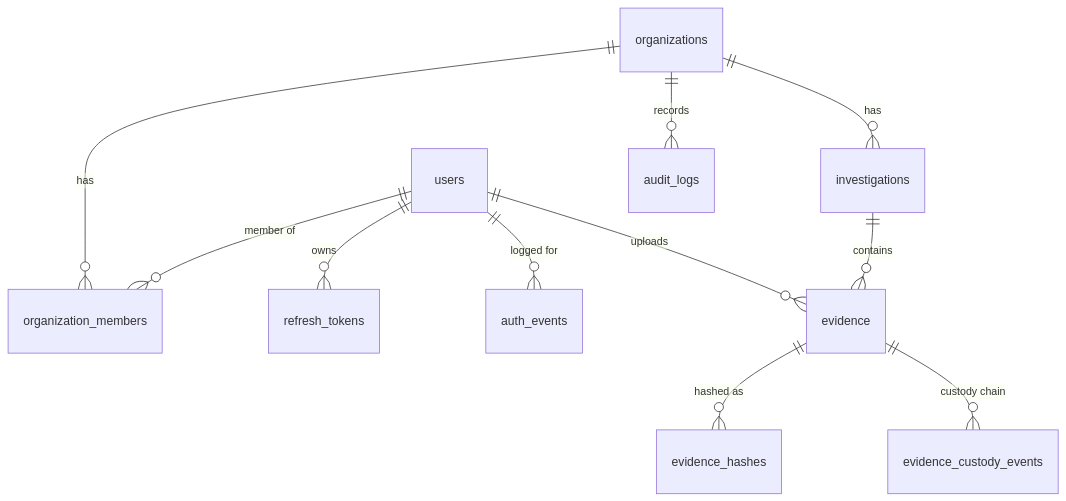
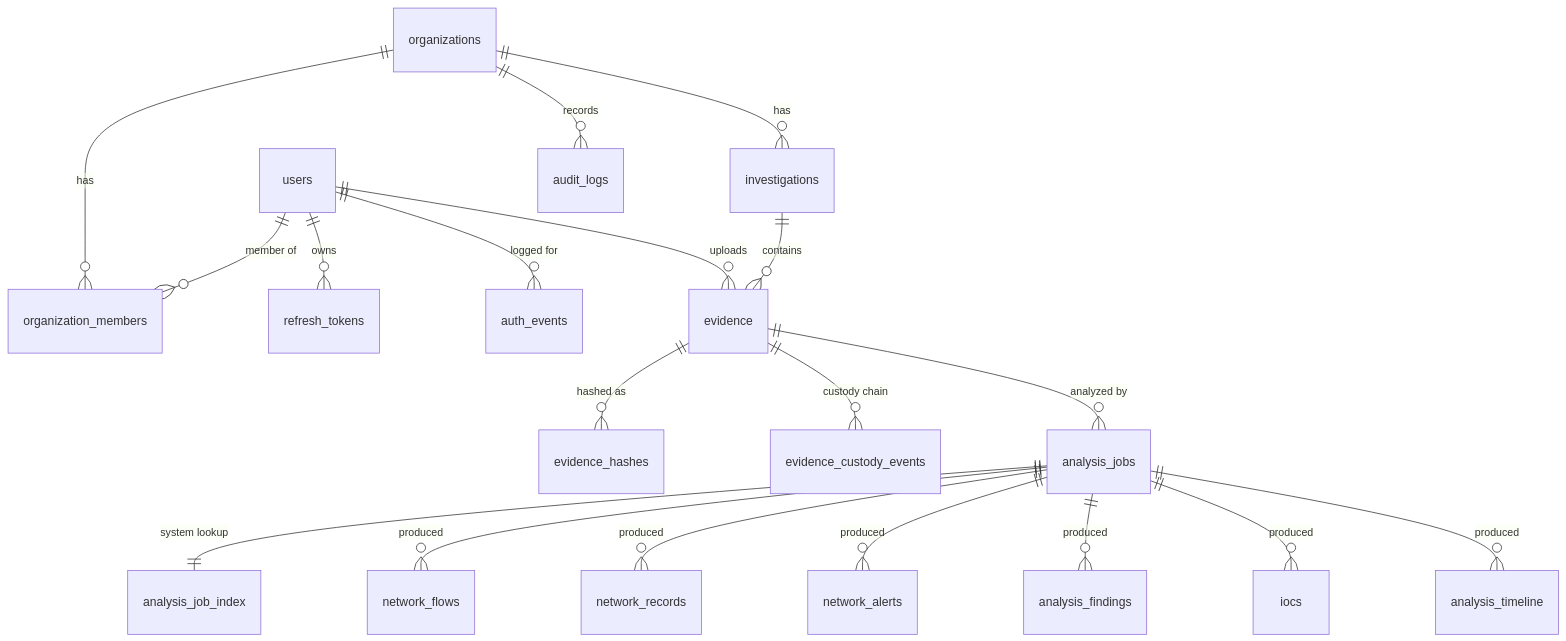
One commit to TuanSOC/cyber changed the diagram in docs/DATABASE.md. Above: the diagram before and after it, drawn with Mermaid. The commit also changed other lines of this file and 14 other files, not shown here.

````diff
--- a/docs/DATABASE.md
+++ b/docs/DATABASE.md
@@ -17,13 +17,21 @@
 ```mermaid
 erDiagram
   users ||--o{ organization_members : "member of"
   organizations ||--o{ organization_members : has
   users ||--o{ refresh_tokens : owns
   users ||--o{ auth_events : "logged for"
   organizations ||--o{ investigations : has
   investigations ||--o{ evidence : contains
   evidence ||--o{ evidence_hashes : "hashed as"
   evidence ||--o{ evidence_custody_events : "custody chain"
   organizations ||--o{ audit_logs : records
   users ||--o{ evidence : uploads
+  evidence ||--o{ analysis_jobs : "analyzed by"
+  analysis_jobs ||--|| analysis_job_index : "system lookup"
+  analysis_jobs ||--o{ network_flows : produced
+  analysis_jobs ||--o{ network_records : produced
+  analysis_jobs ||--o{ network_alerts : produced
+  analysis_jobs ||--o{ analysis_findings : produced
+  analysis_jobs ||--o{ iocs : produced
+  analysis_jobs ||--o{ analysis_timeline : produced
 ```
````
